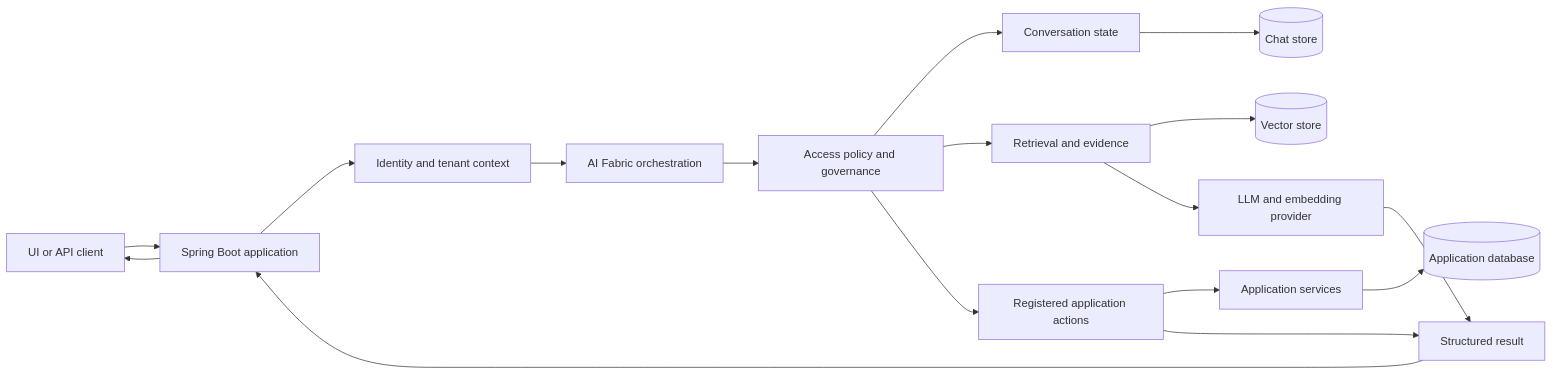
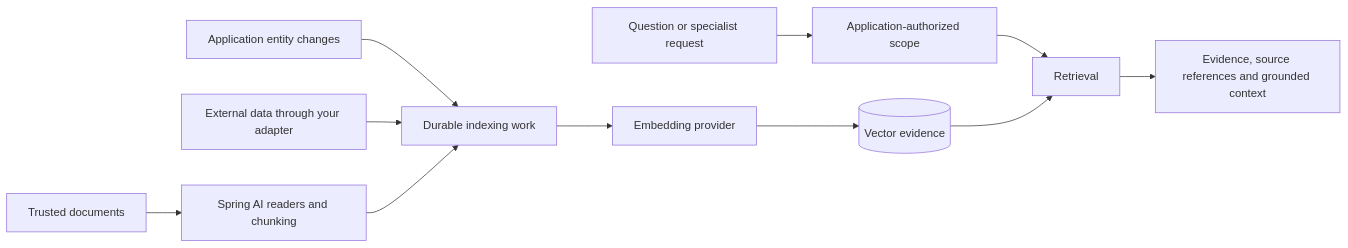
The first of 2 diagrams in README.md (Loom-AI-Labs/ai-fabric-framework), drawn with Mermaid before and after one commit. The commit also changed other lines of this file and 1 other file, not shown here.

Commit message:
Showcase AI Fabric capabilities and developer paths

````diff
--- a/README.md
+++ b/README.md
@@ -82,19 +125,13 @@
 ```mermaid
 flowchart LR
-    UI[UI or API client] --> APP[Spring Boot application]
-    APP --> ID[Identity and tenant context]
-    ID --> AF[AI Fabric orchestration]
-    AF --> POLICY[Access policy and governance]
-    POLICY --> SESSION[Conversation state]
-    POLICY --> RAG[Retrieval and evidence]
-    POLICY --> ACTION[Registered application actions]
-    RAG --> VECTOR[(Vector store)]
-    RAG --> MODEL[LLM and embedding provider]
-    ACTION --> DOMAIN[Application services]
-    DOMAIN --> DB[(Application database)]
-    SESSION --> CHAT[(Chat store)]
-    MODEL --> RESULT[Structured result]
-    ACTION --> RESULT
-    RESULT --> APP
-    APP --> UI
+    A[Application entity changes] --> Q[Durable indexing work]
+    B[External data through your adapter] --> Q
+    C[Trusted documents] --> D[Spring AI readers and chunking]
+    D --> Q
+    Q --> E[Embedding provider]
+    E --> V[(Vector evidence)]
+    U[Question or specialist request] --> P[Application-authorized scope]
+    P --> R[Retrieval]
+    V --> R
+    R --> O[Evidence, source references and grounded context]
 ```
````
